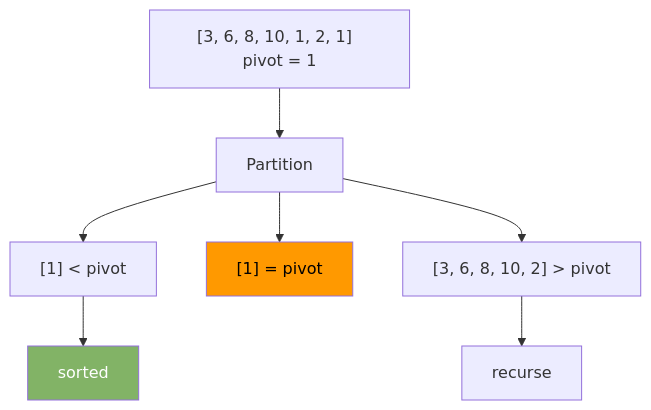
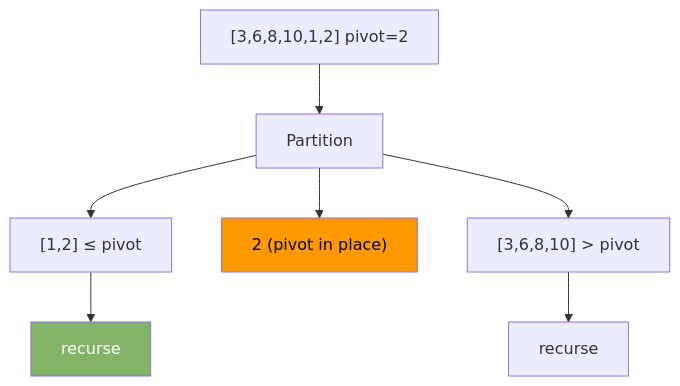
The diagram in docs/23-quick-sort.md (valarpirai/software-enginneering), drawn with Mermaid before and after one commit. The commit also changed other lines of this file and 3 other files, not shown here.

````diff
--- a/docs/23-quick-sort.md
+++ b/docs/23-quick-sort.md
@@ -17,11 +33,11 @@
 ```mermaid
 graph TD
-    A["[3, 6, 8, 10, 1, 2, 1]  pivot = 1"] --> B["Partition"]
-    B --> LEFT["[1]  < pivot"]
-    B --> PIV["[1]  = pivot"]
-    B --> RIGHT["[3, 6, 8, 10, 2]  > pivot"]
-    LEFT --> LS["sorted"]
-    RIGHT --> RS["recurse"]
-    style PIV fill:#ff9900,color:#000
+    A["[3,6,8,10,1,2]  pivot=2"] --> B["Partition"]
+    B --> L["[1,2]  ≤ pivot"]
+    B --> P["2  (pivot in place)"]
+    B --> R["[3,6,8,10]  > pivot"]
+    L --> LS["recurse"]
+    R --> RS["recurse"]
+    style P fill:#ff9900,color:#000
     style LS fill:#82b366,color:#fff
 ```
````
